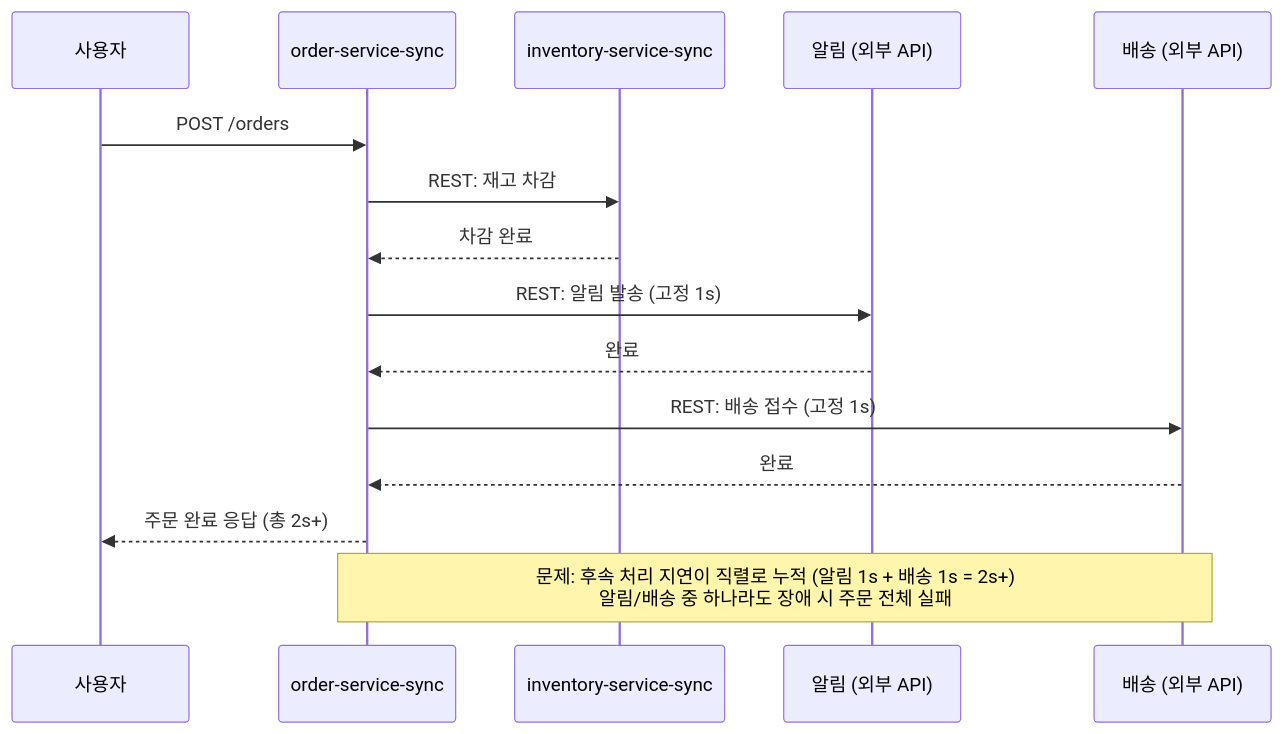
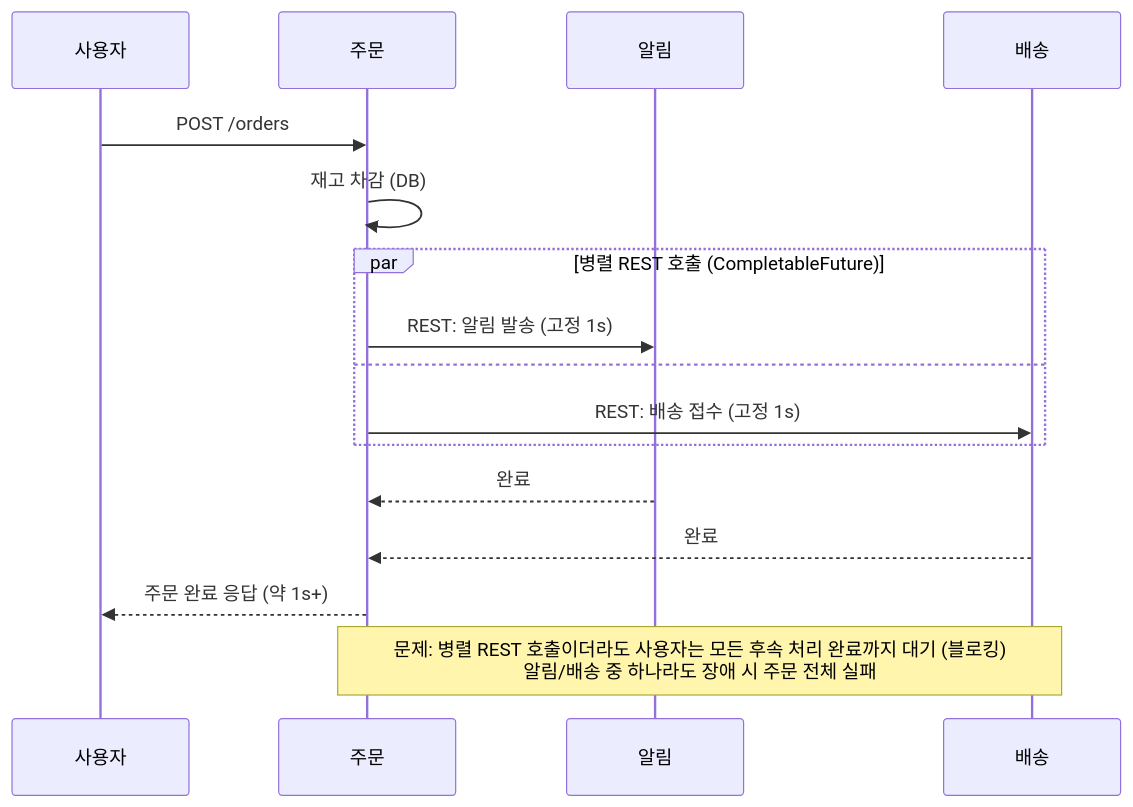
One commit to JuJin1324/eda-poc changed the second of 5 diagrams in docs/how-diagram.md. Above: the diagram before and after it, drawn with Mermaid. The commit also changed other lines of this file, not shown here.

First line of the commit message:
docs: refine how-diagram for consistency — blocking vs fan-out framing

````diff
--- a/docs/how-diagram.md
+++ b/docs/how-diagram.md
@@ -57,19 +58,21 @@
 ```mermaid
 sequenceDiagram
     participant User as 사용자
-    participant OS as order-service-sync
-    participant IS as inventory-service-sync
-    participant Noti as 알림 (외부 API)
-    participant Ship as 배송 (외부 API)
+    participant OS as 주문
+    participant NS as 알림
+    participant SS as 배송
 
     User->>OS: POST /orders
-    OS->>IS: REST: 재고 차감
-    IS-->>OS: 차감 완료
-    OS->>Noti: REST: 알림 발송 (고정 1s)
-    Noti-->>OS: 완료
-    OS->>Ship: REST: 배송 접수 (고정 1s)
-    Ship-->>OS: 완료
-    OS-->>User: 주문 완료 응답 (총 2s+)
+    OS->>OS: 재고 차감 (DB)
 
-    Note over OS,Ship: 문제: 후속 처리 지연이 직렬로 누적 (알림 1s + 배송 1s = 2s+)<br/>알림/배송 중 하나라도 장애 시 주문 전체 실패
+    par 병렬 REST 호출 (CompletableFuture)
+        OS->>NS: REST: 알림 발송 (고정 1s)
+    and
+        OS->>SS: REST: 배송 접수 (고정 1s)
+    end
+    NS-->>OS: 완료
+    SS-->>OS: 완료
+    OS-->>User: 주문 완료 응답 (약 1s+)
+
+    Note over OS,SS: 문제: 병렬 REST 호출이더라도 사용자는 모든 후속 처리 완료까지 대기 (블로킹)<br/>알림/배송 중 하나라도 장애 시 주문 전체 실패
 ```
````
